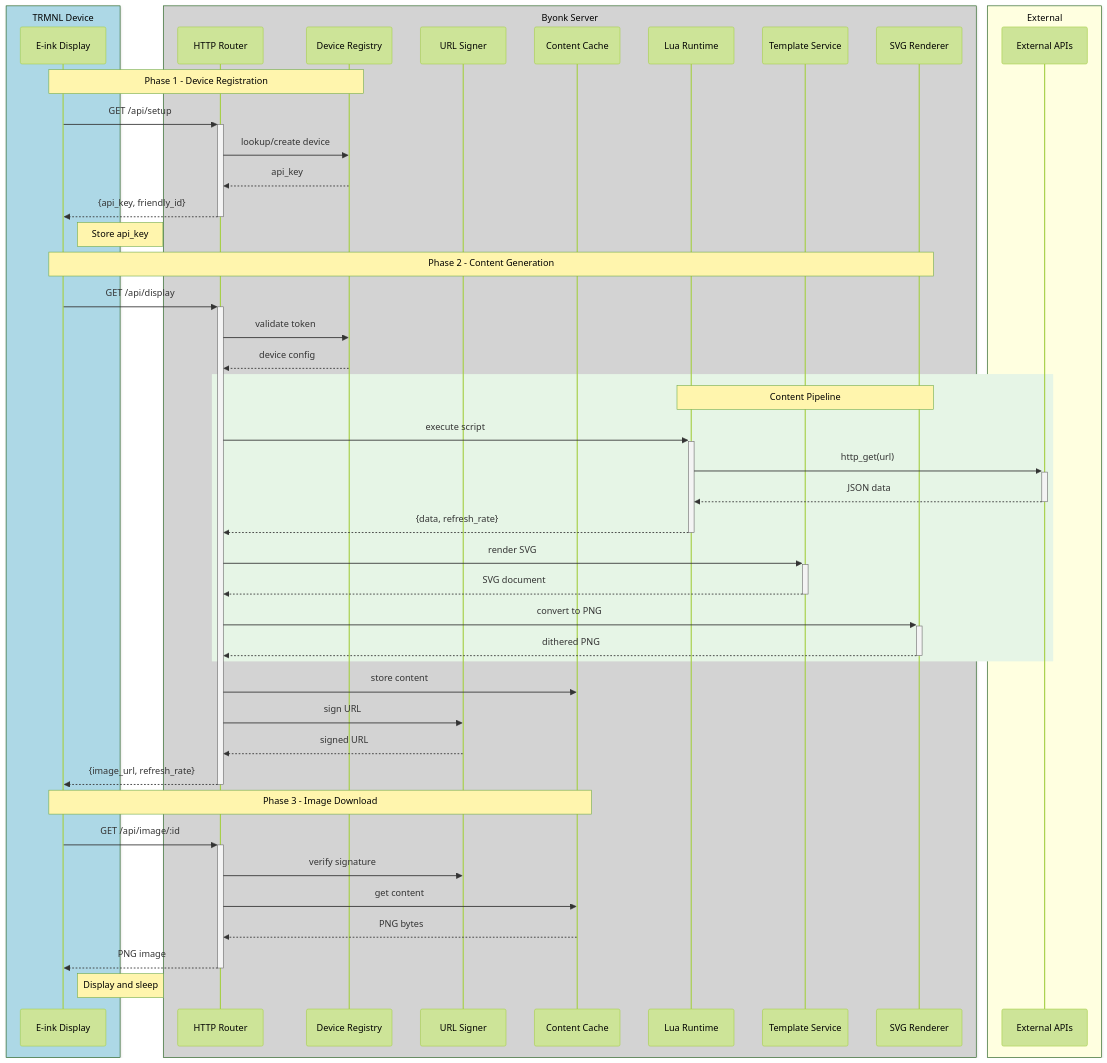
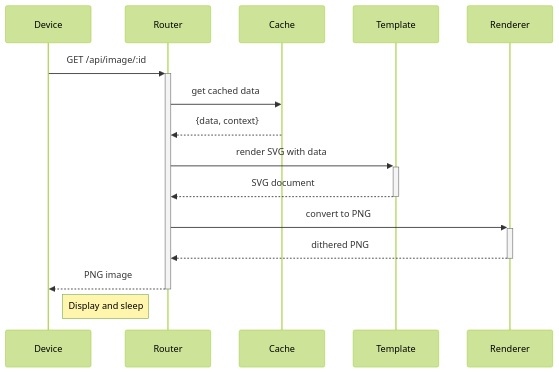
The fourth of 4 diagrams in docs/src/concepts/architecture.md (oetiker/byonk), drawn with Mermaid (forest theme) before and after one commit. The commit also changed other lines of this file and 20 other files, not shown here.

````diff
--- a/docs/src/concepts/architecture.md
+++ b/docs/src/concepts/architecture.md
@@ -93,58 +132,18 @@
 ```mermaid
 sequenceDiagram
-    box LightBlue TRMNL Device
-        participant Device as E-ink Display
-    end
-    box LightGray Byonk Server
-        participant Router as HTTP Router
-        participant Registry as Device Registry
-        participant Signer as URL Signer
-        participant Cache as Content Cache
-        participant Lua as Lua Runtime
-        participant Template as Template Service
-        participant Renderer as SVG Renderer
-    end
-    box LightYellow External
-        participant API as External APIs
-    end
+    participant Device
+    participant Router
+    participant Cache
+    participant Template
+    participant Renderer
 
-    Note over Device,Registry: Phase 1 - Device Registration
-    Device->>+Router: GET /api/setup
-    Router->>Registry: lookup/create device
-    Registry-->>Router: api_key
-    Router-->>-Device: {api_key, friendly_id}
-    Note right of Device: Store api_key
-
-    Note over Device,Renderer: Phase 2 - Content Generation
-    Device->>+Router: GET /api/display
-    Router->>Registry: validate token
-    Registry-->>Router: device config
-
-    rect rgb(230,245,230)
-        Note over Lua,Renderer: Content Pipeline
-        Router->>+Lua: execute script
-        Lua->>+API: http_get(url)
-        API-->>-Lua: JSON data
-        Lua-->>-Router: {data, refresh_rate}
-
-        Router->>+Template: render SVG
-        Template-->>-Router: SVG document
-
-        Router->>+Renderer: convert to PNG
-        Renderer-->>-Router: dithered PNG
-    end
-
-    Router->>Cache: store content
-    Router->>Signer: sign URL
-    Signer-->>Router: signed URL
-    Router-->>-Device: {image_url, refresh_rate}
-
-    Note over Device,Cache: Phase 3 - Image Download
     Device->>+Router: GET /api/image/:id
-    Router->>Signer: verify signature
-    Router->>Cache: get content
-    Cache-->>Router: PNG bytes
+    Router->>Cache: get cached data
+    Cache-->>Router: {data, context}
+    Router->>+Template: render SVG with data
+    Template-->>-Router: SVG document
+    Router->>+Renderer: convert to PNG
+    Renderer-->>-Router: dithered PNG
     Router-->>-Device: PNG image
-
     Note right of Device: Display and sleep
 ```
````
